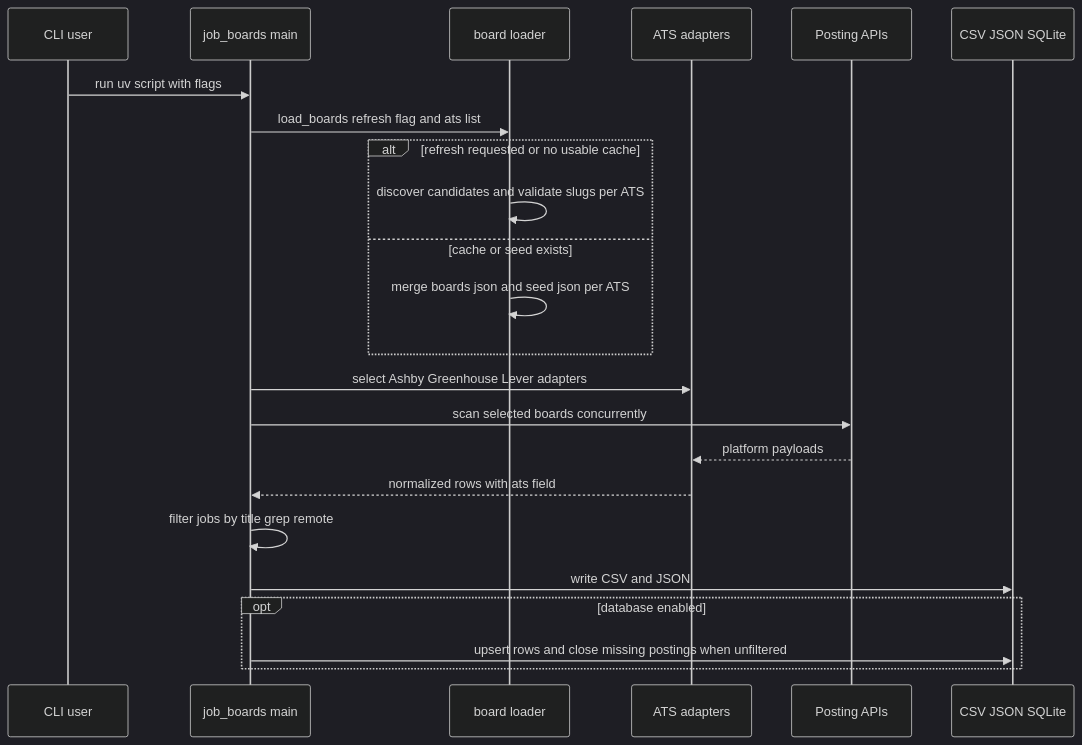
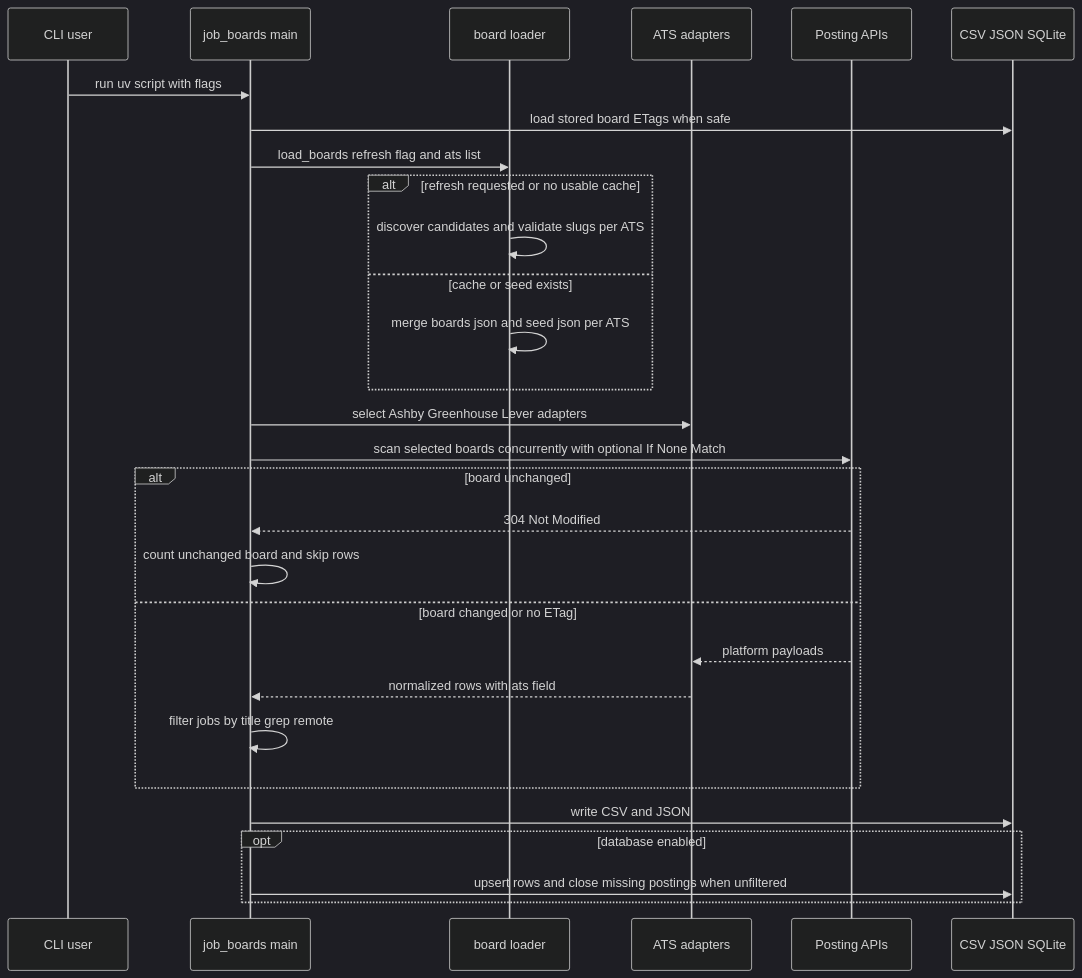
The diagram in openwiki/architecture/overview.md (dlibis/job-boards), drawn with Mermaid (dark theme) before and after one commit. The commit also changed other lines of this file and 7 other files, not shown here.

````diff
--- a/openwiki/architecture/overview.md
+++ b/openwiki/architecture/overview.md
@@ -14,25 +14,31 @@
 ```mermaid
 sequenceDiagram
     participant User as CLI user
     participant Main as job_boards main
     participant Boards as board loader
     participant Sources as ATS adapters
     participant API as Posting APIs
     participant Outputs as CSV JSON SQLite
     User->>Main: run uv script with flags
+    Main->>Outputs: load stored board ETags when safe
     Main->>Boards: load_boards refresh flag and ats list
     alt refresh requested or no usable cache
         Boards->>Boards: discover candidates and validate slugs per ATS
     else cache or seed exists
         Boards->>Boards: merge boards json and seed json per ATS
     end
     Main->>Sources: select Ashby Greenhouse Lever adapters
-    Main->>API: scan selected boards concurrently
-    API-->>Sources: platform payloads
-    Sources-->>Main: normalized rows with ats field
-    Main->>Main: filter jobs by title grep remote
+    Main->>API: scan selected boards concurrently with optional If None Match
+    alt board unchanged
+        API-->>Main: 304 Not Modified
+        Main->>Main: count unchanged board and skip rows
+    else board changed or no ETag
+        API-->>Sources: platform payloads
+        Sources-->>Main: normalized rows with ats field
+        Main->>Main: filter jobs by title grep remote
+    end
     Main->>Outputs: write CSV and JSON
     opt database enabled
         Main->>Outputs: upsert rows and close missing postings when unfiltered
     end
 ```
````
